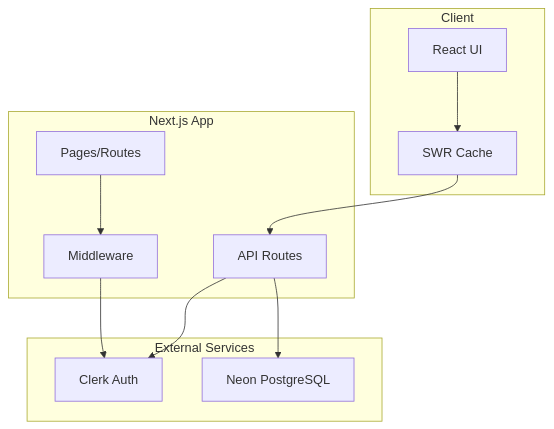
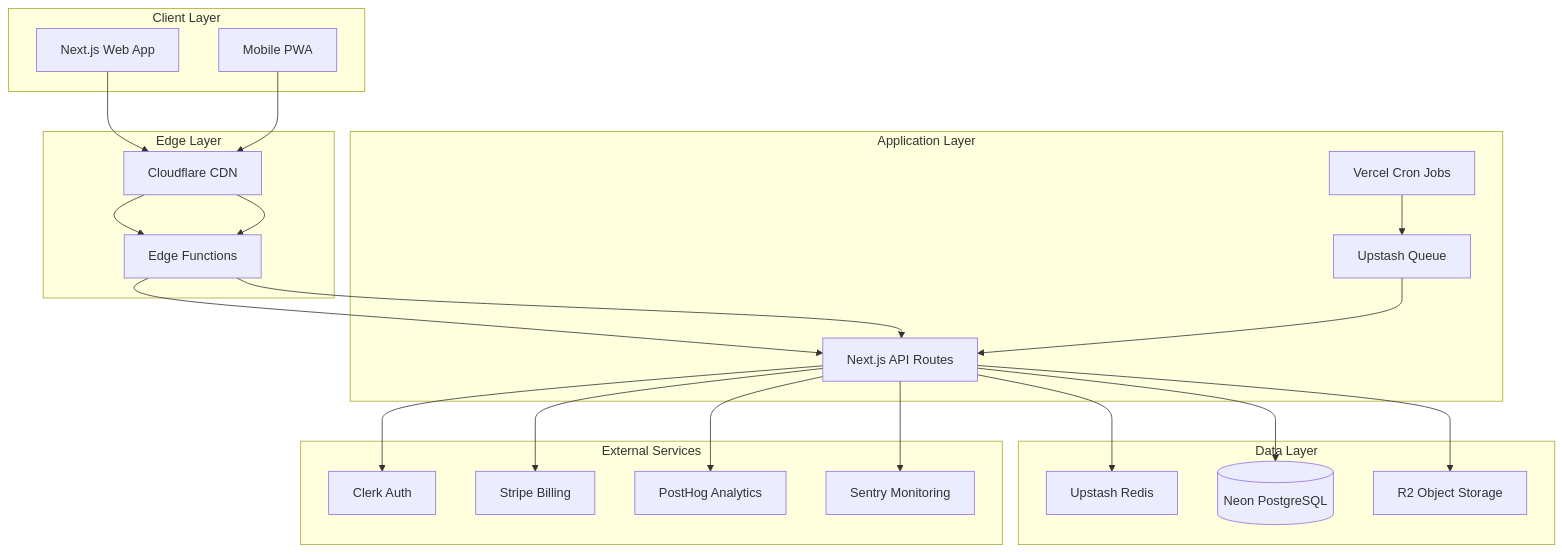
The first of 7 diagrams in ARCHITECTURE.md (Invigorated1/habit-wellness-app), drawn with Mermaid before and after one commit. The commit also changed other lines of this file and 9 other files, not shown here.

````diff
--- a/ARCHITECTURE.md
+++ b/ARCHITECTURE.md
@@ -5,25 +5,43 @@
 ```mermaid
 graph TB
-    subgraph "Client"
-        UI[React UI]
-        SWR[SWR Cache]
+    subgraph "Client Layer"
+        WEB[Next.js Web App]
+        MOBILE[Mobile PWA]
     end
     
-    subgraph "Next.js App"
-        Pages[Pages/Routes]
-        API[API Routes]
-        MW[Middleware]
+    subgraph "Edge Layer"
+        CF[Cloudflare CDN]
+        EDGE[Edge Functions]
+    end
+    
+    subgraph "Application Layer"
+        API[Next.js API Routes]
+        CRON[Vercel Cron Jobs]
+        QUEUE[Upstash Queue]
+    end
+    
+    subgraph "Data Layer"
+        REDIS[Upstash Redis]
+        PG[(Neon PostgreSQL)]
+        S3[R2 Object Storage]
     end
     
     subgraph "External Services"
-        Clerk[Clerk Auth]
-        Neon[Neon PostgreSQL]
+        CLERK[Clerk Auth]
+        STRIPE[Stripe Billing]
+        POSTHOG[PostHog Analytics]
+        SENTRY[Sentry Monitoring]
     end
     
-    UI --> SWR
-    SWR --> API
-    Pages --> MW
-    MW --> Clerk
-    API --> Clerk
-    API --> Neon
+    WEB --> CF --> EDGE --> API
+    MOBILE --> CF --> EDGE --> API
+    API --> REDIS
+    API --> PG
+    API --> S3
+    API --> CLERK
+    API --> STRIPE
+    CRON --> QUEUE
+    QUEUE --> API
+    API --> POSTHOG
+    API --> SENTRY
 ```
````
